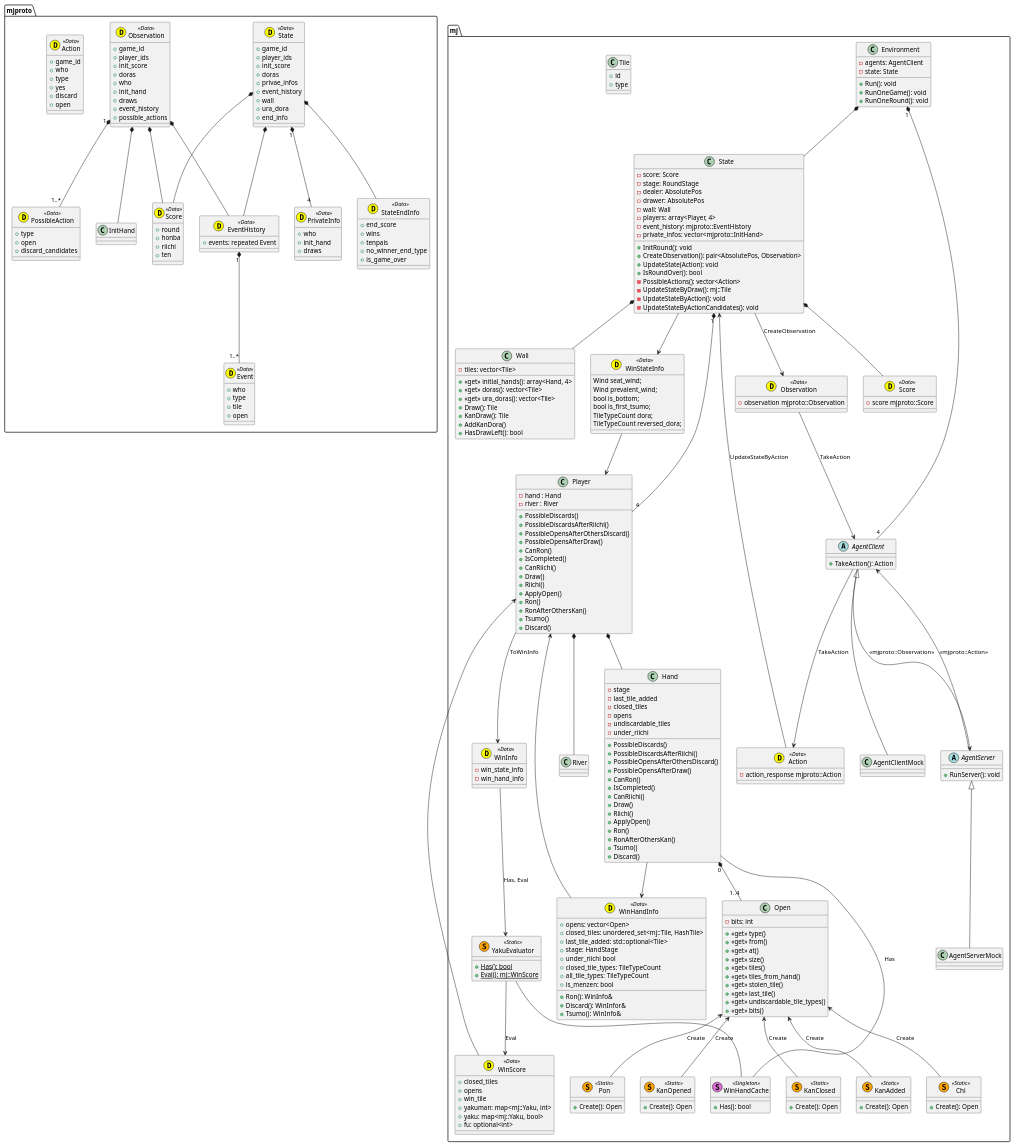
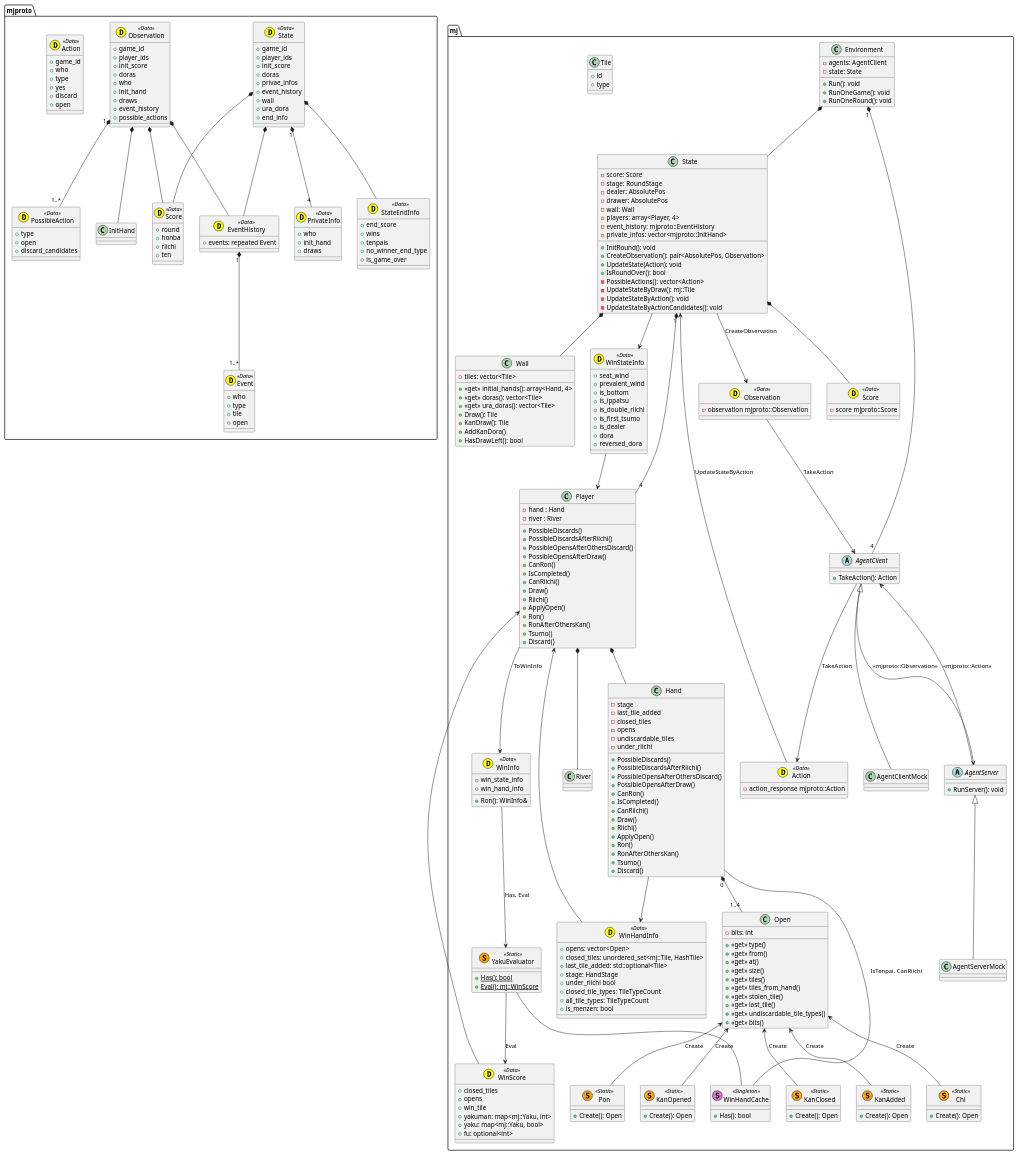
Before and after one commit to mjx-project/mjx: the diagram in plantuml/diagram.pu, drawn with PlantUML.

```diff
--- a/plantuml/diagram.pu
+++ b/plantuml/diagram.pu
@@ -104,17 +104,21 @@
 }
 
 class mj::WinStateInfo <<(D,yellow) Data>> {
-    Wind seat_wind;
-    Wind prevalent_wind;
-    bool is_bottom;
-    bool is_first_tsumo;
-    TileTypeCount dora;
-    TileTypeCount reversed_dora;
+    + seat_wind
+    + prevalent_wind
+    + is_bottom
+    + is_ippatsu
+    + is_double_riichi
+    + is_first_tsumo
+    + is_dealer
+    + dora
+    + reversed_dora
 }
 
 class mj::WinInfo <<(D,yellow) Data>> {
-    - win_state_info
-    - win_hand_info
+    + win_state_info
+    + win_hand_info
+    + Ron(): WinInfo&
 }
 
 class mj::WinScore <<(D,yellow) Data>> {
@@ -135,9 +139,6 @@
     + closed_tile_types: TileTypeCount 
     + all_tile_types: TileTypeCount 
     + is_menzen: bool
-    + Ron(): WinInfo&
-    + Discard(): WinInfor&
-    + Tsumo(): WinInfo&
 }
 
 class mj::State {
@@ -305,7 +306,7 @@
 
 mj::Hand "0" *-- "1..4" mj::Open
 mj::Hand --> mj::WinHandInfo
-mj::Hand -- mj::WinHandCache : Has
+mj::Hand -- mj::WinHandCache : IsTenpai, CanRiichi
 
 mj::WinHandInfo --> mj::Player
 
```
